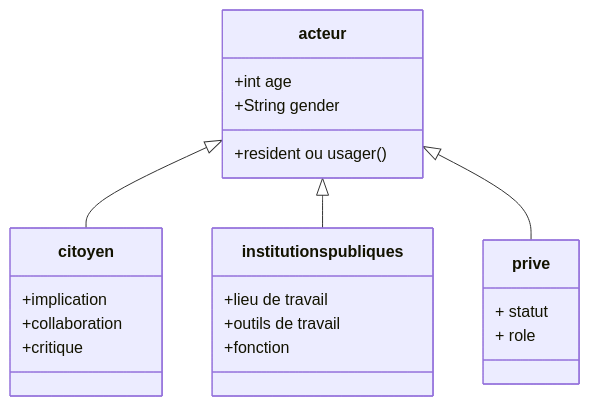
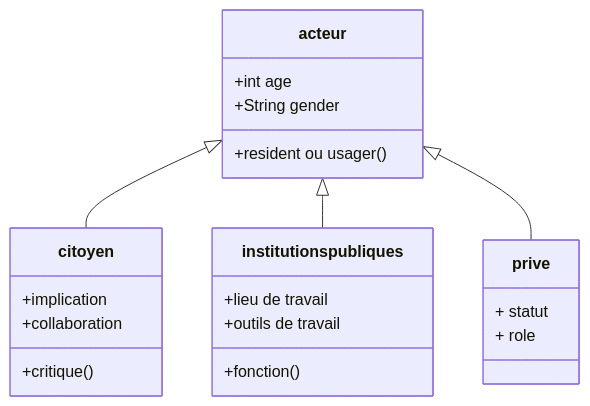
Before and after one commit to kahiarchi/plaine---saint--Denis---batiment-: the diagram in acteurskahiarchi.md, drawn with Mermaid.

Commit message:
Correct method syntax in citoyen and institutions publiques
Fixed method definitions for 'critique' and 'fonction' in classes.

````diff
--- a/acteurskahiarchi.md
+++ b/acteurskahiarchi.md
@@ -1,27 +1,27 @@
 ```mermaid
 classDiagram
     acteur <|-- citoyen
     acteur <|-- institutions publiques
     acteur <|-- prive
 
     acteur : +int age
     acteur : +String gender
     acteur: +resident ou usager()
 
   class citoyen{
      +implication 
      +collaboration
 
-     +critique
+     +critique ()
     }
     class institutions publiques{
           +lieu de travail
           +outils de travail
 
-          +fonction
+          +fonction ()
     }
     class prive{
       + statut
      +  role
      }
 ```
````
